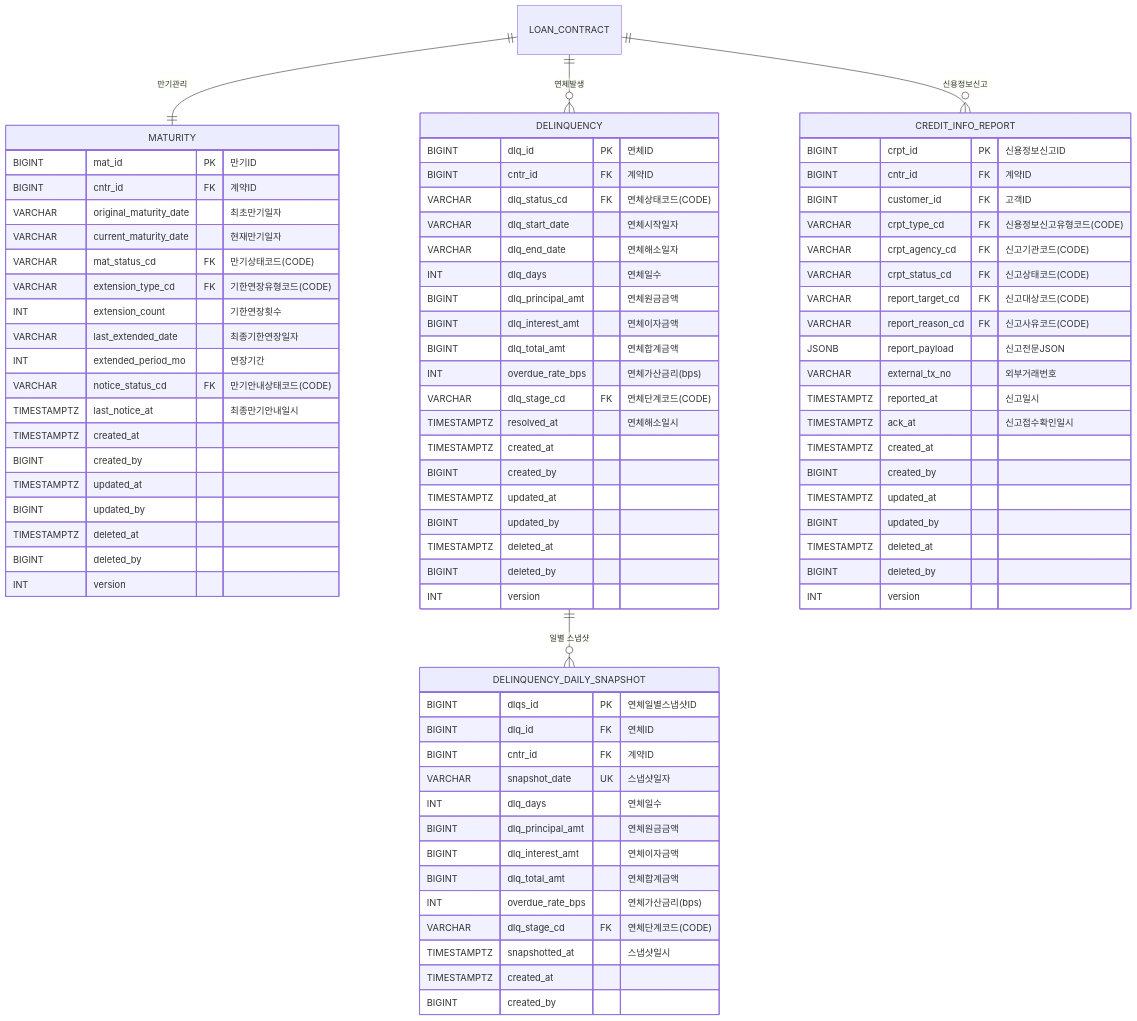
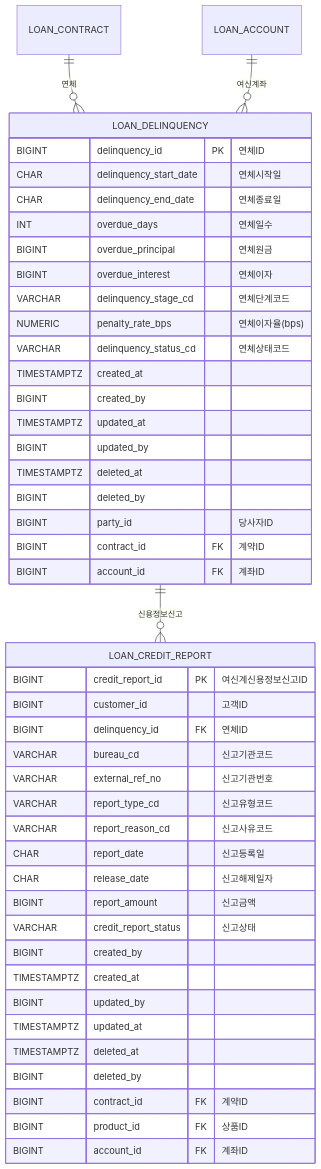
One commit to asitwas729/internet_banking changed the seventh of 8 diagrams in docs/loan_erd.md. Above: the diagram before and after it, drawn with Mermaid. The commit also changed other lines of this file and 106 other files, not shown here.

````diff
--- a/docs/loan_erd.md
+++ b/docs/loan_erd.md
@@ -743,88 +306,50 @@
 ```mermaid
 erDiagram
-    MATURITY {
-        BIGINT mat_id PK "만기ID"
-        BIGINT cntr_id FK "계약ID"
-        VARCHAR original_maturity_date "최초만기일자"
-        VARCHAR current_maturity_date "현재만기일자"
-        VARCHAR mat_status_cd FK "만기상태코드(CODE)"
-        VARCHAR extension_type_cd FK "기한연장유형코드(CODE)"
-        INT extension_count "기한연장횟수"
-        VARCHAR last_extended_date "최종기한연장일자"
-        INT extended_period_mo "연장기간"
-        VARCHAR notice_status_cd FK "만기안내상태코드(CODE)"
-        TIMESTAMPTZ last_notice_at "최종만기안내일시"
+    LOAN_DELINQUENCY {
+        BIGINT delinquency_id PK "연체ID"
+        CHAR delinquency_start_date "연체시작일"
+        CHAR delinquency_end_date "연체종료일"
+        INT overdue_days "연체일수"
+        BIGINT overdue_principal "연체원금"
+        BIGINT overdue_interest "연체이자"
+        VARCHAR delinquency_stage_cd "연체단계코드"
+        NUMERIC penalty_rate_bps "연체이자율(bps)"
+        VARCHAR delinquency_status_cd "연체상태코드"
         TIMESTAMPTZ created_at
         BIGINT created_by
         TIMESTAMPTZ updated_at
         BIGINT updated_by
         TIMESTAMPTZ deleted_at
         BIGINT deleted_by
-        INT version
+        BIGINT party_id "당사자ID"
+        BIGINT contract_id FK "계약ID"
+        BIGINT account_id FK "계좌ID"
     }
 
-    DELINQUENCY {
-        BIGINT dlq_id PK "연체ID"
-        BIGINT cntr_id FK "계약ID"
-        VARCHAR dlq_status_cd FK "연체상태코드(CODE)"
-        VARCHAR dlq_start_date "연체시작일자"
-        VARCHAR dlq_end_date "연체해소일자"
-        INT dlq_days "연체일수"
-        BIGINT dlq_principal_amt "연체원금금액"
-        BIGINT dlq_interest_amt "연체이자금액"
-        BIGINT dlq_total_amt "연체합계금액"
-        INT overdue_rate_bps "연체가산금리(bps)"
-        VARCHAR dlq_stage_cd FK "연체단계코드(CODE)"
-        TIMESTAMPTZ resolved_at "연체해소일시"
+    LOAN_CREDIT_REPORT {
+        BIGINT credit_report_id PK "여신계신용정보신고ID"
+        BIGINT customer_id "고객ID"
+        BIGINT delinquency_id FK "연체ID"
+        VARCHAR bureau_cd "신고기관코드"
+        VARCHAR external_ref_no "신고기관번호"
+        VARCHAR report_type_cd "신고유형코드"
+        VARCHAR report_reason_cd "신고사유코드"
+        CHAR report_date "신고등록일"
+        CHAR release_date "신고해제일자"
+        BIGINT report_amount "신고금액"
+        VARCHAR credit_report_status "신고상태"
+        BIGINT created_by
         TIMESTAMPTZ created_at
-        BIGINT created_by
+        BIGINT updated_by
         TIMESTAMPTZ updated_at
-        BIGINT updated_by
         TIMESTAMPTZ deleted_at
         BIGINT deleted_by
-        INT version
+        BIGINT contract_id FK "계약ID"
+        BIGINT product_id FK "상품ID"
+        BIGINT account_id FK "계좌ID"
     }
 
-    DELINQUENCY_DAILY_SNAPSHOT {
-        BIGINT dlqs_id PK "연체일별스냅샷ID"
-        BIGINT dlq_id FK "연체ID"
-        BIGINT cntr_id FK "계약ID"
-        VARCHAR snapshot_date UK "스냅샷일자"
-        INT dlq_days "연체일수"
-        BIGINT dlq_principal_amt "연체원금금액"
-        BIGINT dlq_interest_amt "연체이자금액"
-        BIGINT dlq_total_amt "연체합계금액"
-        INT overdue_rate_bps "연체가산금리(bps)"
-        VARCHAR dlq_stage_cd FK "연체단계코드(CODE)"
-        TIMESTAMPTZ snapshotted_at "스냅샷일시"
-        TIMESTAMPTZ created_at
-        BIGINT created_by
-    }
-
-    CREDIT_INFO_REPORT {
-        BIGINT crpt_id PK "신용정보신고ID"
-        BIGINT cntr_id FK "계약ID"
-        BIGINT customer_id FK "고객ID"
-        VARCHAR crpt_type_cd FK "신용정보신고유형코드(CODE)"
-        VARCHAR crpt_agency_cd FK "신고기관코드(CODE)"
-        VARCHAR crpt_status_cd FK "신고상태코드(CODE)"
-        VARCHAR report_target_cd FK "신고대상코드(CODE)"
-        VARCHAR report_reason_cd FK "신고사유코드(CODE)"
-        JSONB report_payload "신고전문JSON"
-        VARCHAR external_tx_no "외부거래번호"
-        TIMESTAMPTZ reported_at "신고일시"
-        TIMESTAMPTZ ack_at "신고접수확인일시"
-        TIMESTAMPTZ created_at
-        BIGINT created_by
-        TIMESTAMPTZ updated_at
-        BIGINT updated_by
-        TIMESTAMPTZ deleted_at
-        BIGINT deleted_by
-        INT version
-    }
-
-    LOAN_CONTRACT ||--|| MATURITY : "만기관리"
-    LOAN_CONTRACT ||--o{ DELINQUENCY : "연체발생"
-    DELINQUENCY ||--o{ DELINQUENCY_DAILY_SNAPSHOT : "일별 스냅샷"
-    LOAN_CONTRACT ||--o{ CREDIT_INFO_REPORT : "신용정보신고"
+    LOAN_CONTRACT ||--o{ LOAN_DELINQUENCY : "연체"
+    LOAN_ACCOUNT ||--o{ LOAN_DELINQUENCY : "여신계좌"
+    LOAN_DELINQUENCY ||--o{ LOAN_CREDIT_REPORT : "신용정보신고"
 ```
````
